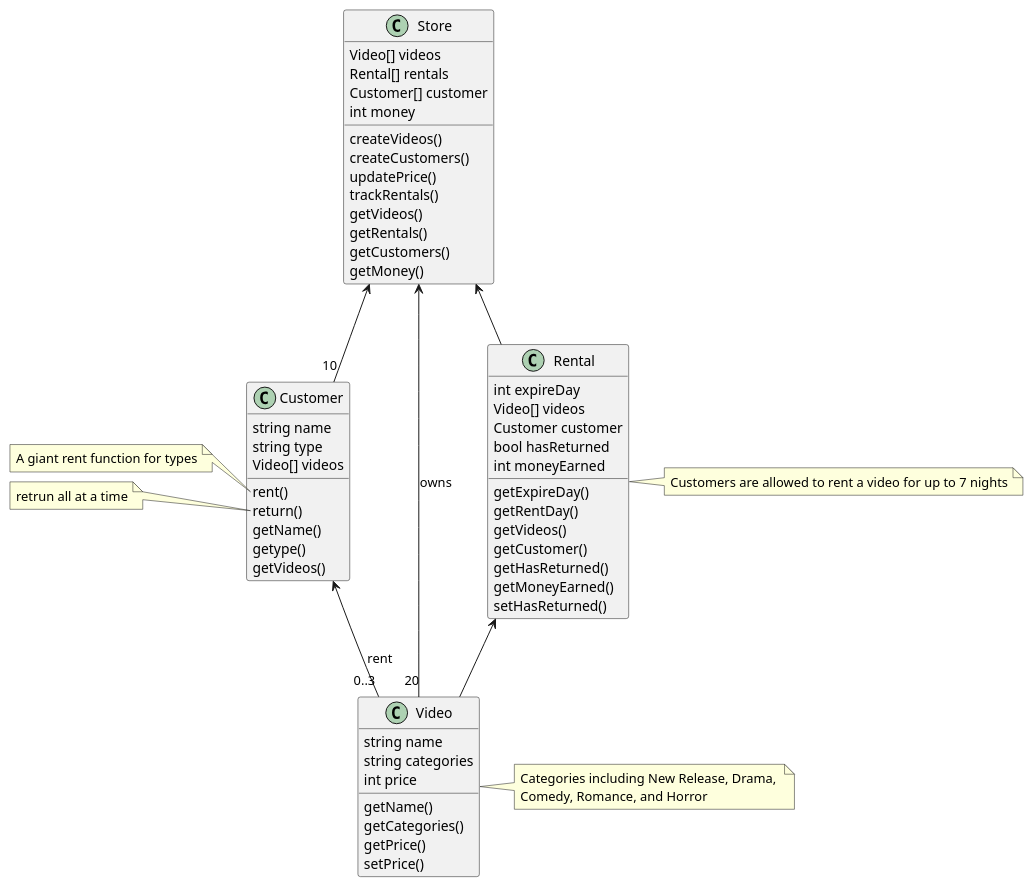
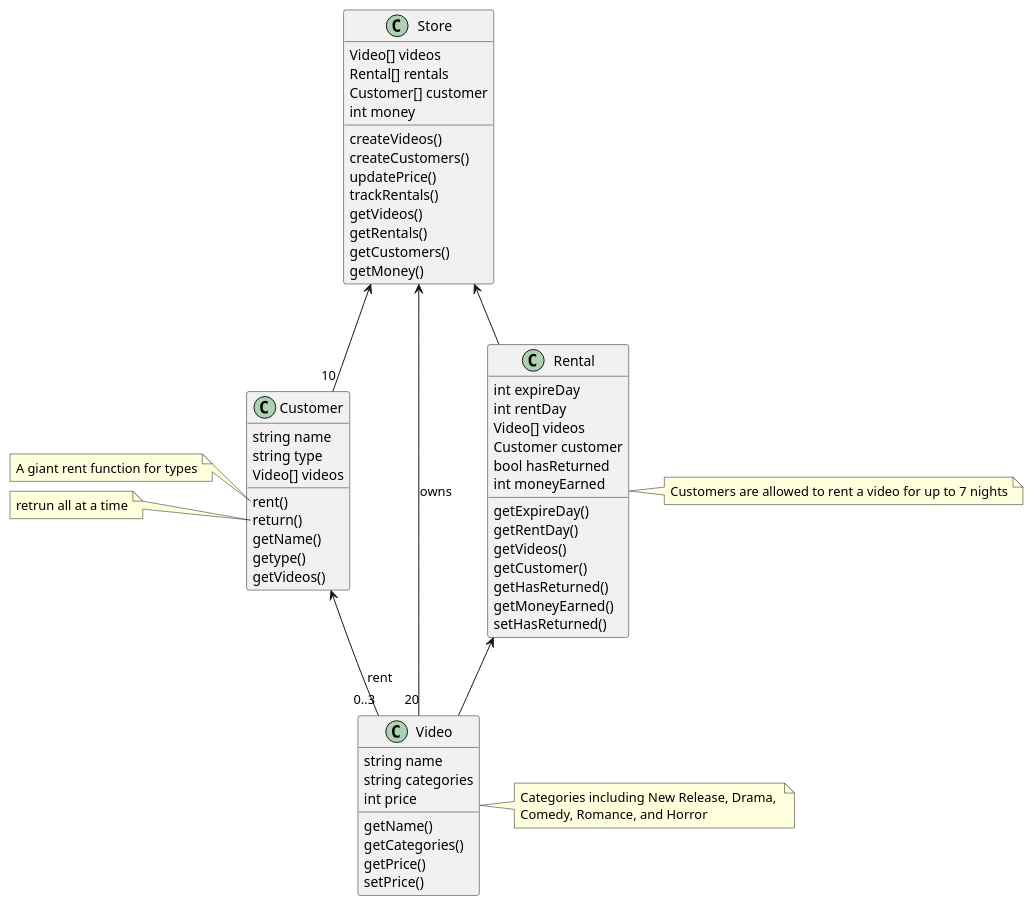
One commit to wannaflyhigh/Object-Oriented-Programming changed the diagram in hw3/classDiagram.puml. Above: the diagram before and after it, drawn with PlantUML.

```diff
--- a/hw3/classDiagram.puml
+++ b/hw3/classDiagram.puml
@@ -1,74 +1,75 @@
 @startuml hw3
 
 class Store{
 	Video[] videos
 	Rental[] rentals
 	Customer[] customer
 	int money
 	createVideos()
 	createCustomers()
 	updatePrice()
 	trackRentals()
 	getVideos()
     getRentals()
     getCustomers()
     getMoney()
 }
 
 class Customer{
 	string name
 	string type
 	Video[] videos
 	rent()
 	return()
 	getName()
 	getype()
 	getVideos()
 }
 
 note left of Customer::rent
 A giant rent function for types
 end note
 
 note left of Customer::return
 retrun all at a time
 end note
 
 Customer <-- "0..3" Video : rent
 Store <-- "10" Customer
 
 
 class Video{
 	string name
 	string categories
 	int price
 	getName()
     getCategories()
     getPrice()
     setPrice()
 }
 
 Store <-- "20" Video : owns
 
 note Right of Video : Categories including New Release, Drama, \nComedy, Romance, and Horror
 
 class Rental{
 	int expireDay
+	int rentDay
 	Video[] videos
 	Customer customer
 	bool hasReturned
 	int moneyEarned
 	getExpireDay()
     getRentDay()
     getVideos()
     getCustomer()
     getHasReturned()
     getMoneyEarned()
 	setHasReturned()
 }
 
 note Right of Rental : Customers are allowed to rent a video for up to 7 nights
 
 Store <-- Rental
 Rental <-- Video
 @enduml
```
